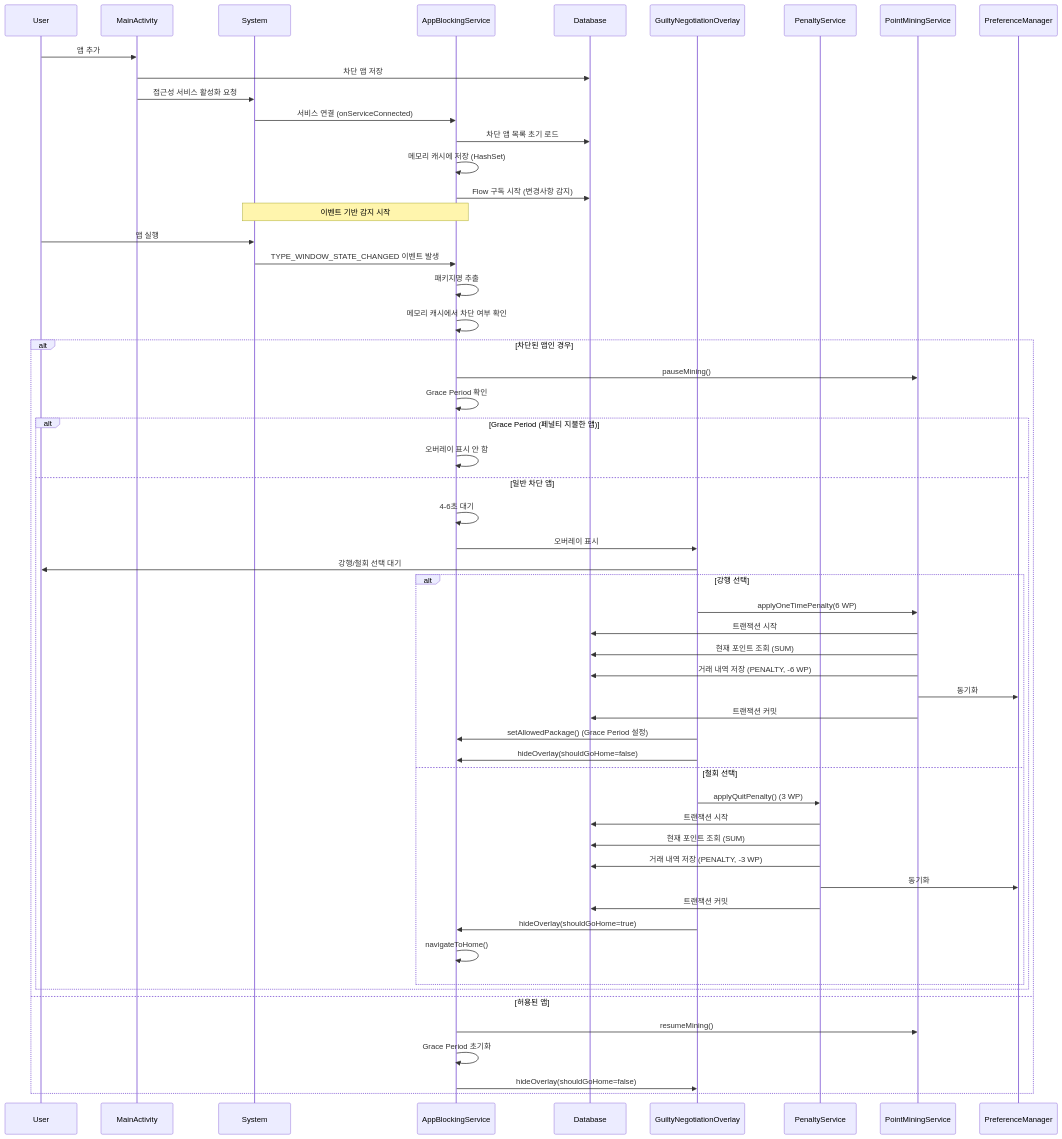
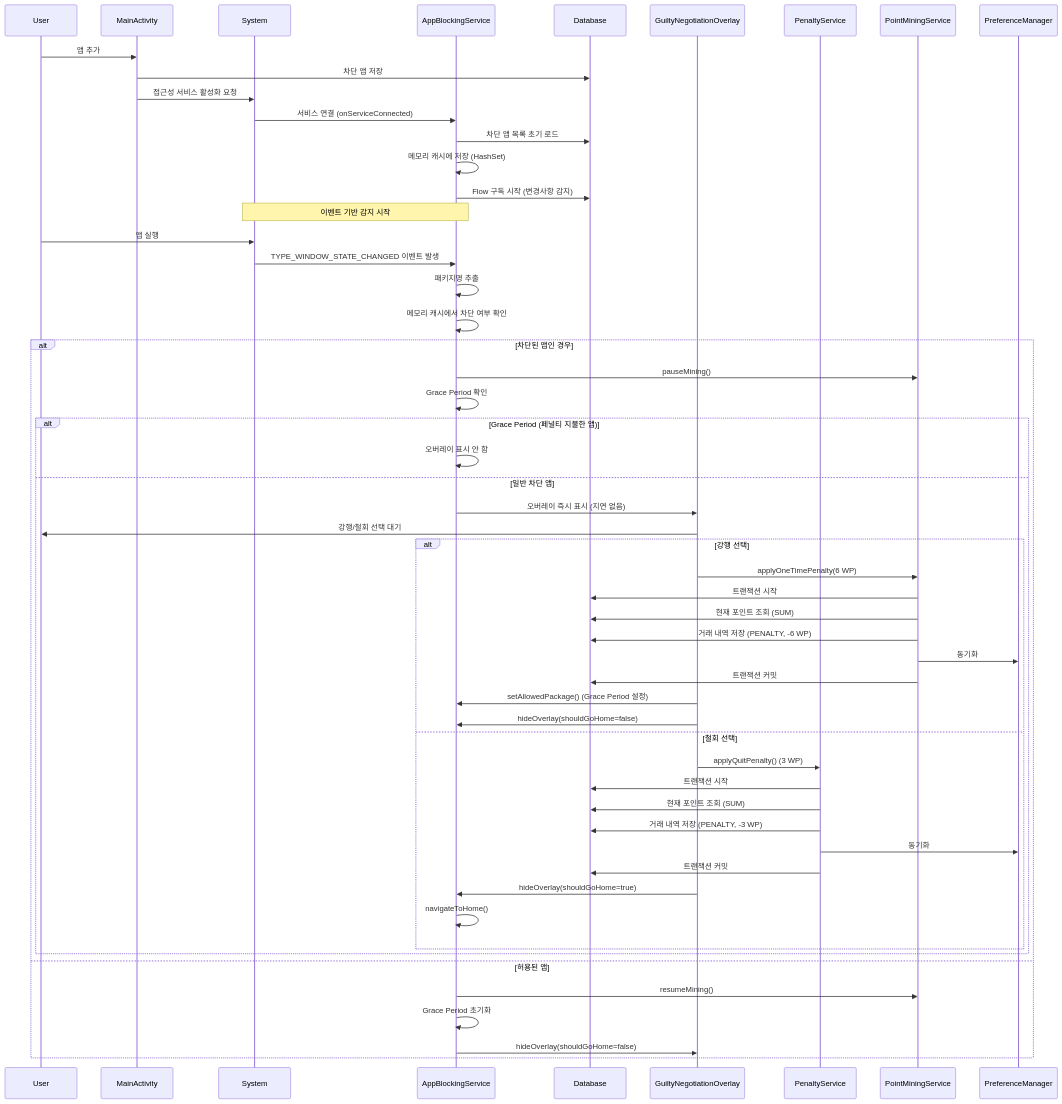
The first of 6 diagrams in ARCHITECTURE.md (KDG12054345/-2), drawn with Mermaid before and after one commit. The commit also changed other lines of this file and 6 other files, not shown here.

````diff
--- a/ARCHITECTURE.md
+++ b/ARCHITECTURE.md
@@ -134,63 +135,62 @@
 ```mermaid
 sequenceDiagram
     participant User
     participant MainActivity
     participant System
     participant AppBlockingService
     participant Database
     participant GuiltyNegotiationOverlay
     participant PenaltyService
 
     User->>MainActivity: 앱 추가
     MainActivity->>Database: 차단 앱 저장
     MainActivity->>System: 접근성 서비스 활성화 요청
     
     System->>AppBlockingService: 서비스 연결 (onServiceConnected)
     AppBlockingService->>Database: 차단 앱 목록 초기 로드
     AppBlockingService->>AppBlockingService: 메모리 캐시에 저장 (HashSet)
     AppBlockingService->>Database: Flow 구독 시작 (변경사항 감지)
     
     Note over System,AppBlockingService: 이벤트 기반 감지 시작
     
     User->>System: 앱 실행
     System->>AppBlockingService: TYPE_WINDOW_STATE_CHANGED 이벤트 발생
     AppBlockingService->>AppBlockingService: 패키지명 추출
     AppBlockingService->>AppBlockingService: 메모리 캐시에서 차단 여부 확인
     
     alt 차단된 앱인 경우
         AppBlockingService->>PointMiningService: pauseMining()
         AppBlockingService->>AppBlockingService: Grace Period 확인
         
         alt Grace Period (페널티 지불한 앱)
             AppBlockingService->>AppBlockingService: 오버레이 표시 안 함
         else 일반 차단 앱
-            AppBlockingService->>AppBlockingService: 4-6초 대기
-            AppBlockingService->>GuiltyNegotiationOverlay: 오버레이 표시
+            AppBlockingService->>GuiltyNegotiationOverlay: 오버레이 즉시 표시 (지연 없음)
             GuiltyNegotiationOverlay->>User: 강행/철회 선택 대기
             
             alt 강행 선택
                 GuiltyNegotiationOverlay->>PointMiningService: applyOneTimePenalty(6 WP)
                 PointMiningService->>Database: 트랜잭션 시작
                 PointMiningService->>Database: 현재 포인트 조회 (SUM)
                 PointMiningService->>Database: 거래 내역 저장 (PENALTY, -6 WP)
                 PointMiningService->>PreferenceManager: 동기화
                 PointMiningService->>Database: 트랜잭션 커밋
                 GuiltyNegotiationOverlay->>AppBlockingService: setAllowedPackage() (Grace Period 설정)
                 GuiltyNegotiationOverlay->>AppBlockingService: hideOverlay(shouldGoHome=false)
             else 철회 선택
                 GuiltyNegotiationOverlay->>PenaltyService: applyQuitPenalty() (3 WP)
                 PenaltyService->>Database: 트랜잭션 시작
                 PenaltyService->>Database: 현재 포인트 조회 (SUM)
                 PenaltyService->>Database: 거래 내역 저장 (PENALTY, -3 WP)
                 PenaltyService->>PreferenceManager: 동기화
                 PenaltyService->>Database: 트랜잭션 커밋
                 GuiltyNegotiationOverlay->>AppBlockingService: hideOverlay(shouldGoHome=true)
                 AppBlockingService->>AppBlockingService: navigateToHome()
             end
         end
     else 허용된 앱
         AppBlockingService->>PointMiningService: resumeMining()
         AppBlockingService->>AppBlockingService: Grace Period 초기화
         AppBlockingService->>GuiltyNegotiationOverlay: hideOverlay(shouldGoHome=false)
     end
 ```
````
